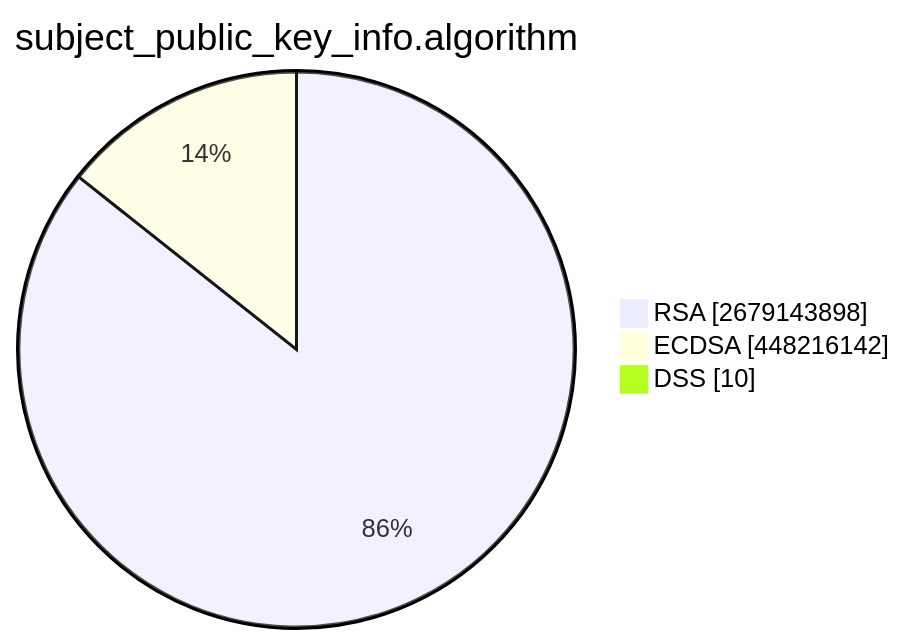
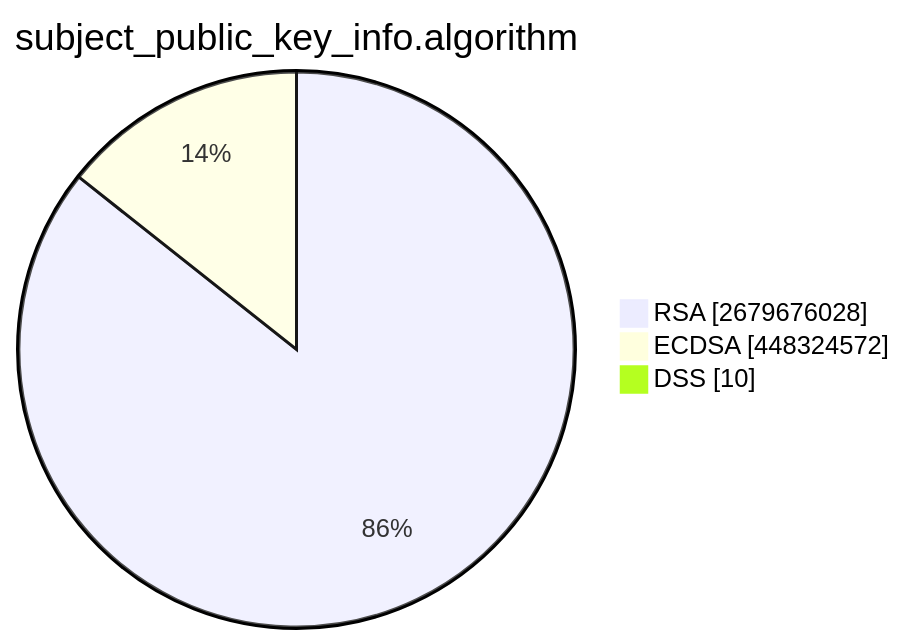
The second of 15 diagrams in TOTAL/README.md (christiankrug/ctmonitor_visualization), drawn with Mermaid before and after one commit. The commit also changed other lines of this file, not shown here.

````diff
--- a/TOTAL/README.md
+++ b/TOTAL/README.md
@@ -6,7 +6,7 @@
 ```mermaid
 pie showData
 title subject_public_key_info.algorithm
-"RSA" :2679143898
-"ECDSA" :448216142
+"RSA" :2679676028
+"ECDSA" :448324572
 "DSS" :10
 ```
````
